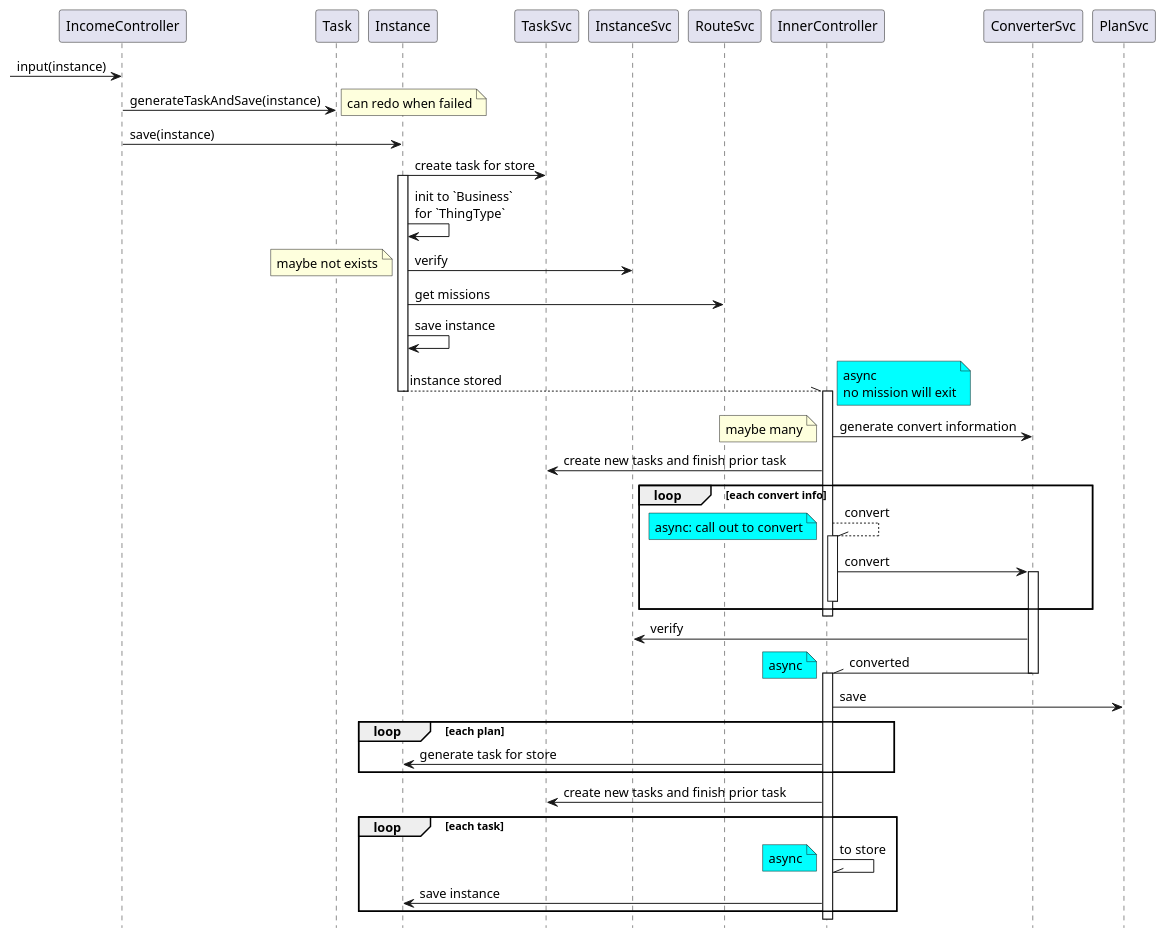
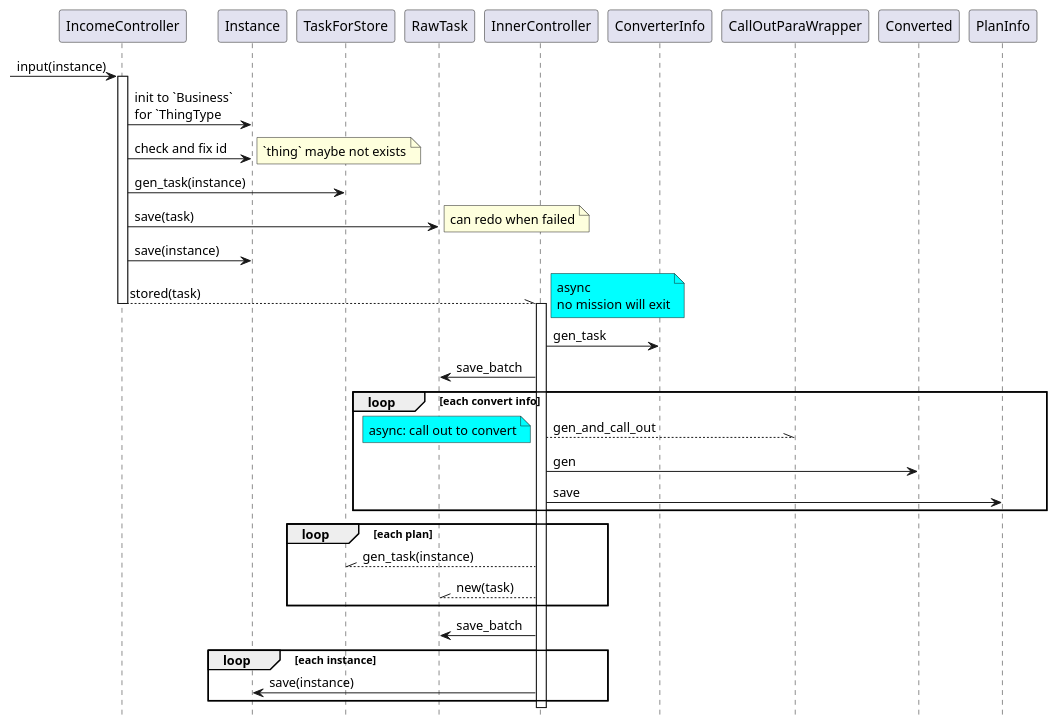
Before and after one commit to llxxbb/Nature: the diagram in doc/uml/normal-process.puml, drawn with PlantUML. The commit also changed 28 other files, not shown here.

```diff
--- a/doc/uml/normal-process.puml
+++ b/doc/uml/normal-process.puml
@@ -1,47 +1,40 @@
 @startuml
 hide footbox
+
+
 [->IncomeController: input(instance)
-IncomeController -> Task: generateTaskAndSave(instance)
+activate IncomeController
+IncomeController -> Instance: init to `Business` \nfor `ThingType
+IncomeController -> Instance: check and fix id
+note right: `thing` maybe not exists
+IncomeController -> TaskForStore: gen_task(instance)
+IncomeController -> RawTask: save(task)
 note right: can redo when failed
 IncomeController -> Instance: save(instance)
-Instance -> TaskSvc: create task for store
-activate Instance
-Instance -> Instance: init to `Business` \nfor `ThingType`
-Instance -> InstanceSvc: verify
-note left: maybe not exists
-Instance -> RouteSvc: get missions
-Instance -> Instance: save instance
-Instance --\\ InnerController: instance stored
+IncomeController --\\ InnerController: stored(task)
 note right #aqua : async \nno mission will exit
-deactivate Instance
+deactivate IncomeController
+
+
 activate InnerController
-InnerController -> ConverterSvc: generate convert information
-note left: maybe many
-InnerController -> TaskSvc: create new tasks and finish prior task
+InnerController -> ConverterInfo: gen_task
+InnerController -> RawTask: save_batch
 loop each convert info
-    InnerController --\\ InnerController: convert
+    InnerController --\\ CallOutParaWrapper:gen_and_call_out
     note left #aqua : async: call out to convert
-    activate InnerController
-    InnerController -> ConverterSvc: convert
-    activate ConverterSvc
-    deactivate InnerController
+    InnerController -> Converted :gen
+    InnerController -> PlanInfo : save
+end
+
+loop each plan
+    InnerController --\\ TaskForStore: gen_task(instance)
+    InnerController --\\ RawTask: new(task)
+end
+InnerController -> RawTask: save_batch
+
+loop each instance
+InnerController -> Instance: save(instance)
 end
 deactivate InnerController
-ConverterSvc -> InstanceSvc: verify
-ConverterSvc -\\ InnerController: converted
-deactivate ConverterSvc
-note left #aqua : async
-activate InnerController
-InnerController -> PlanSvc: save
-loop each plan
-    InnerController -> Instance: generate task for store
-end
-InnerController -> TaskSvc: create new tasks and finish prior task
-loop each task
-    InnerController -\\ InnerController: to store
-    note left #aqua : async
-    InnerController -> Instance: save instance
-end
-
 
 @enduml
```
